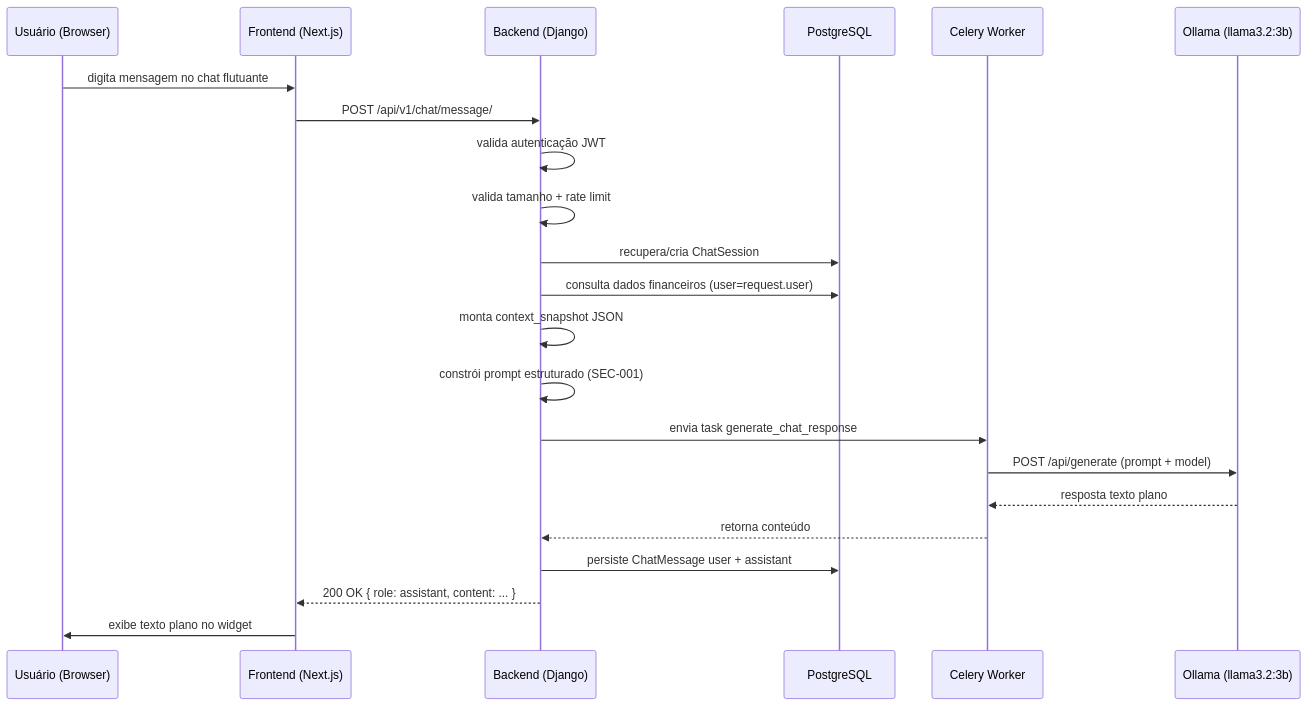
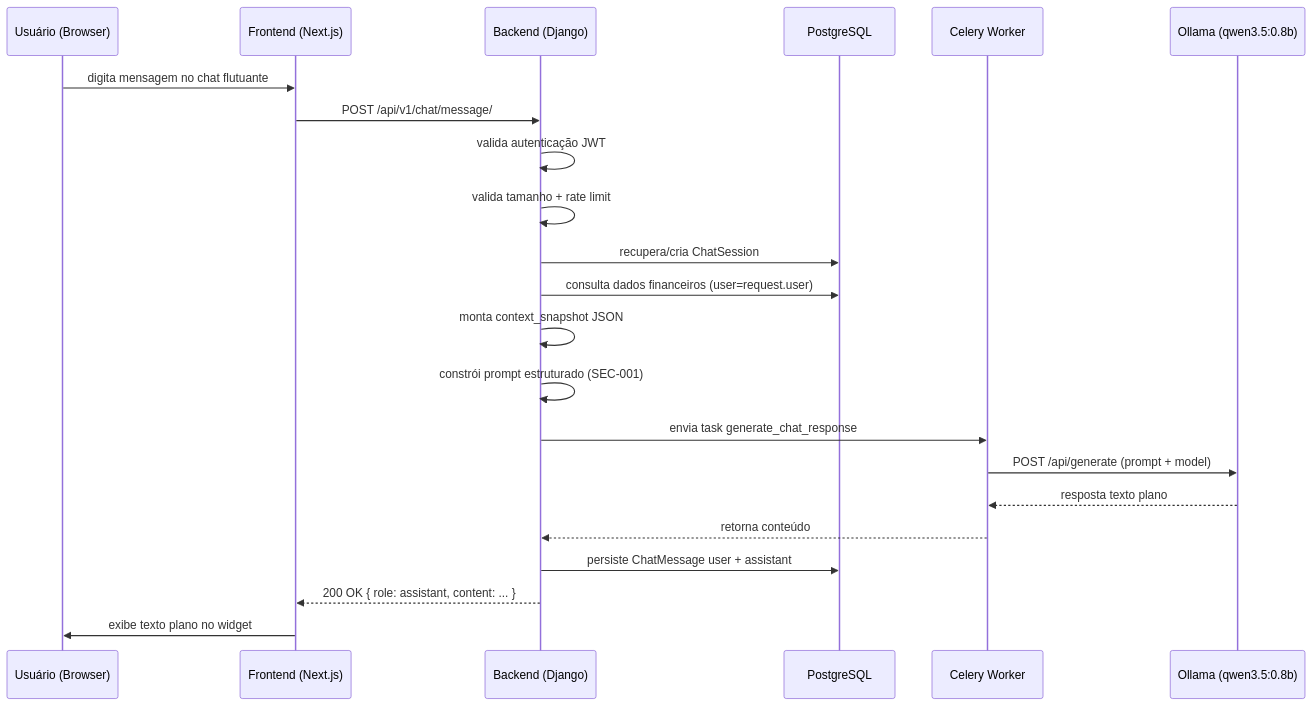
One commit to Graciano-B-L-Junior/financas_pessoais_copilot changed the diagram in .github/especificacoes/spec009.md. Above: the diagram before and after it, drawn with Mermaid. The commit also changed other lines of this file and 8 other files, not shown here.

````diff
--- a/.github/especificacoes/spec009.md
+++ b/.github/especificacoes/spec009.md
@@ -227,25 +227,25 @@
 ```mermaid
 sequenceDiagram
     participant U as Usuário (Browser)
     participant FE as Frontend (Next.js)
     participant BE as Backend (Django)
     participant DB as PostgreSQL
     participant CL as Celery Worker
-    participant OL as Ollama (llama3.2:3b)
+    participant OL as Ollama (qwen3.5:0.8b)
 
     U->>FE: digita mensagem no chat flutuante
     FE->>BE: POST /api/v1/chat/message/
     BE->>BE: valida autenticação JWT
     BE->>BE: valida tamanho + rate limit
     BE->>DB: recupera/cria ChatSession
     BE->>DB: consulta dados financeiros (user=request.user)
     BE->>BE: monta context_snapshot JSON
     BE->>BE: constrói prompt estruturado (SEC-001)
     BE->>CL: envia task generate_chat_response
     CL->>OL: POST /api/generate (prompt + model)
     OL-->>CL: resposta texto plano
     CL-->>BE: retorna conteúdo
     BE->>DB: persiste ChatMessage user + assistant
     BE-->>FE: 200 OK { role: assistant, content: ... }
     FE->>U: exibe texto plano no widget
 ```
````
